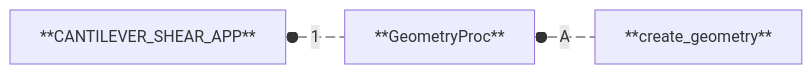
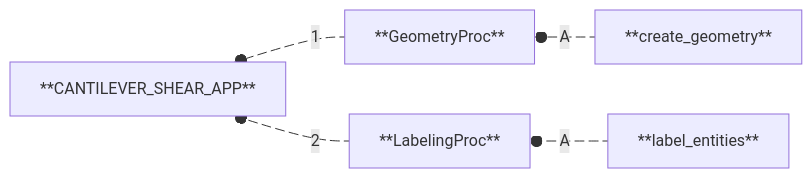
Before and after one commit to nuremics/nuremics-labs: the first of 6 diagrams in src/labs/apps/cms/CANTILEVER_SHEAR_APP/README.md, drawn with Mermaid. The commit also changed other lines of this file, not shown here.

Commit message:
update README CANTILEVER_SHEAR_APP

````diff
--- a/src/labs/apps/cms/CANTILEVER_SHEAR_APP/README.md
+++ b/src/labs/apps/cms/CANTILEVER_SHEAR_APP/README.md
@@ -12,7 +17,11 @@
 ```mermaid
 flowchart RL
   **GeometryProc** e1@--1--o **CANTILEVER_SHEAR_APP**
-  **create_geometry** e2@--A--o **GeometryProc**
+  **LabelingProc** e2@--2--o **CANTILEVER_SHEAR_APP**
+  **create_geometry** e3@--A--o **GeometryProc**
+  **label_entities** e4@--A--o **LabelingProc**
   e1@{ animate: true }
   e2@{ animate: true }
+  e3@{ animate: true }
+  e4@{ animate: true }
 ```
````
